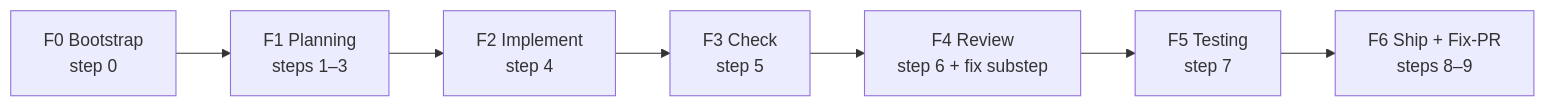
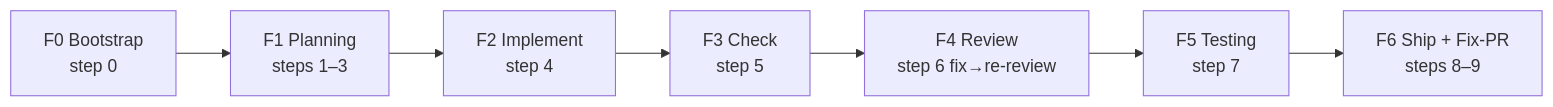
The first of 6 diagrams in .agents/skills/ws-spec-to-pr/DIAGRAM.md (jpolvora/workflow-skills), drawn with Mermaid before and after one commit. The commit also changed other lines of this file and 69 other files, not shown here.

First line of the commit message:
release: 0.0.100 — ws-tdah + Step 6 fix→re-review

````diff
--- a/.agents/skills/ws-spec-to-pr/DIAGRAM.md
+++ b/.agents/skills/ws-spec-to-pr/DIAGRAM.md
@@ -9,9 +9,9 @@
 ```mermaid
 flowchart LR
   F0[F0 Bootstrap<br/>step 0] --> F1[F1 Planning<br/>steps 1–3]
   F1 --> F2[F2 Implement<br/>step 4]
   F2 --> F3[F3 Check<br/>step 5]
-  F3 --> F4[F4 Review<br/>step 6 + fix substep]
+  F3 --> F4[F4 Review<br/>step 6 fix→re-review]
   F4 --> F5[F5 Testing<br/>step 7]
   F5 --> F6[F6 Ship + Fix-PR<br/>steps 8–9]
 ```
````
